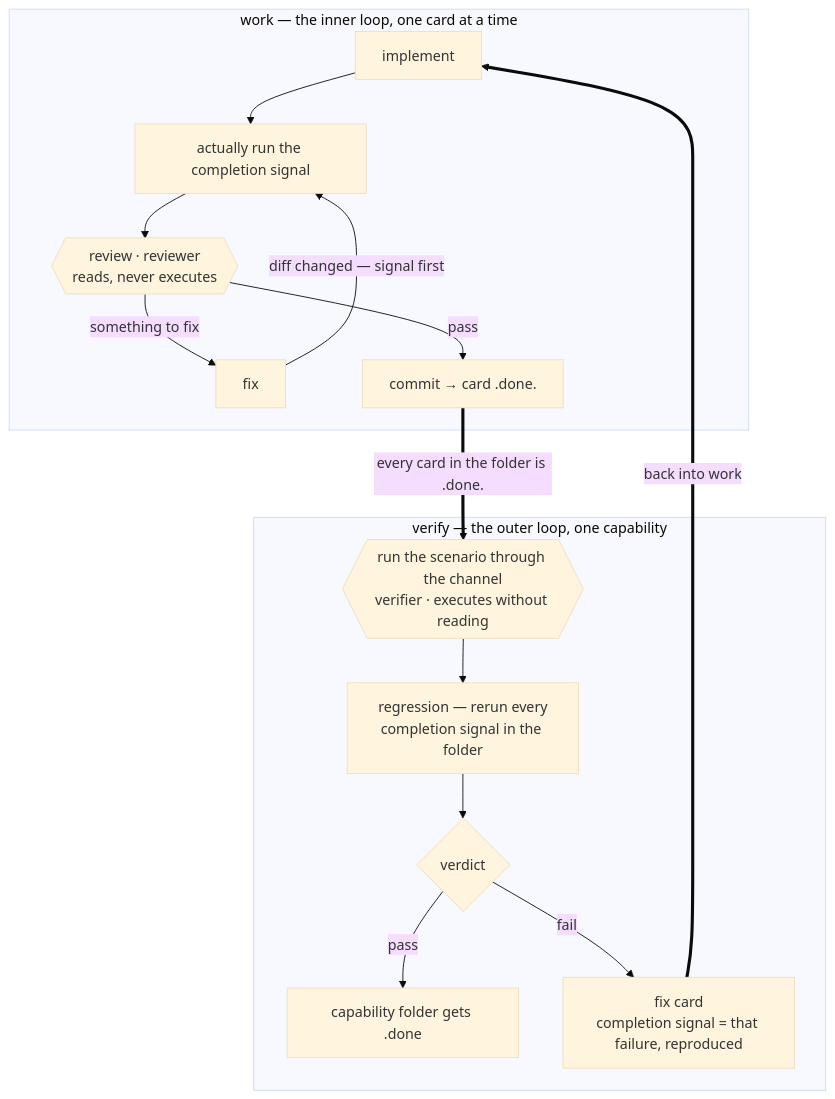
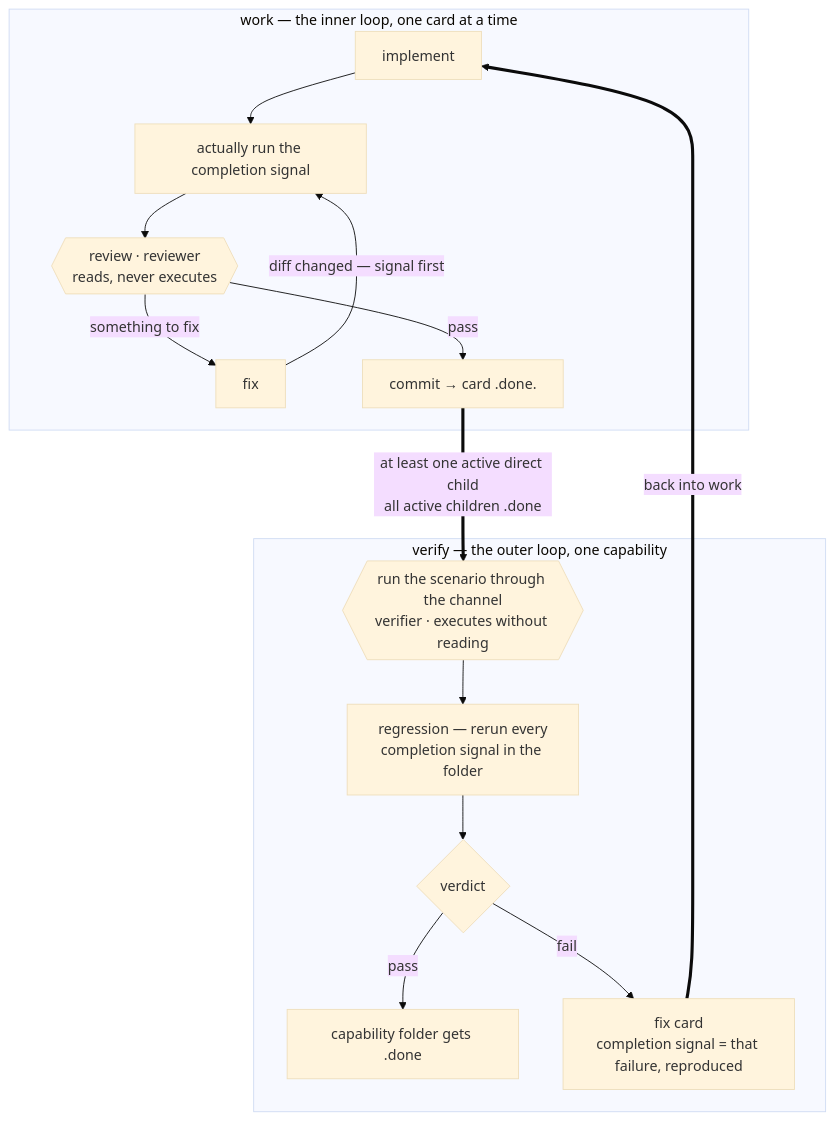
Before and after one commit to nanomia-ai/devflow: the third of 5 diagrams in README.md, drawn with Mermaid (base theme). The commit also changed other lines of this file and 50 other files, not shown here.

````diff
--- a/README.md
+++ b/README.md
@@ -190,18 +213,18 @@
 ```mermaid
 flowchart TB
     subgraph W["work — the inner loop, one card at a time"]
         I["implement"] --> CS["actually run the completion signal"]
         CS --> RV{{"review · reviewer<br>reads, never executes"}}
         RV -->|"something to fix"| FX["fix"]
         FX -->|"diff changed — signal first"| CS
         RV -->|"pass"| CM["commit → card .done."]
     end
     subgraph V["verify — the outer loop, one capability"]
         SC{{"run the scenario through the channel<br>verifier · executes without reading"}} --> RG["regression — rerun every<br>completion signal in the folder"]
         RG --> VD{"verdict"}
         VD -->|"pass"| CD["capability folder gets .done"]
         VD -->|"fail"| FC["fix card<br>completion signal = that failure, reproduced"]
     end
-    CM ==>|"every card in the folder is .done."| SC
+    CM ==>|"at least one active direct child<br>all active children .done"| SC
     FC ==>|"back into work"| I
 ```
````
